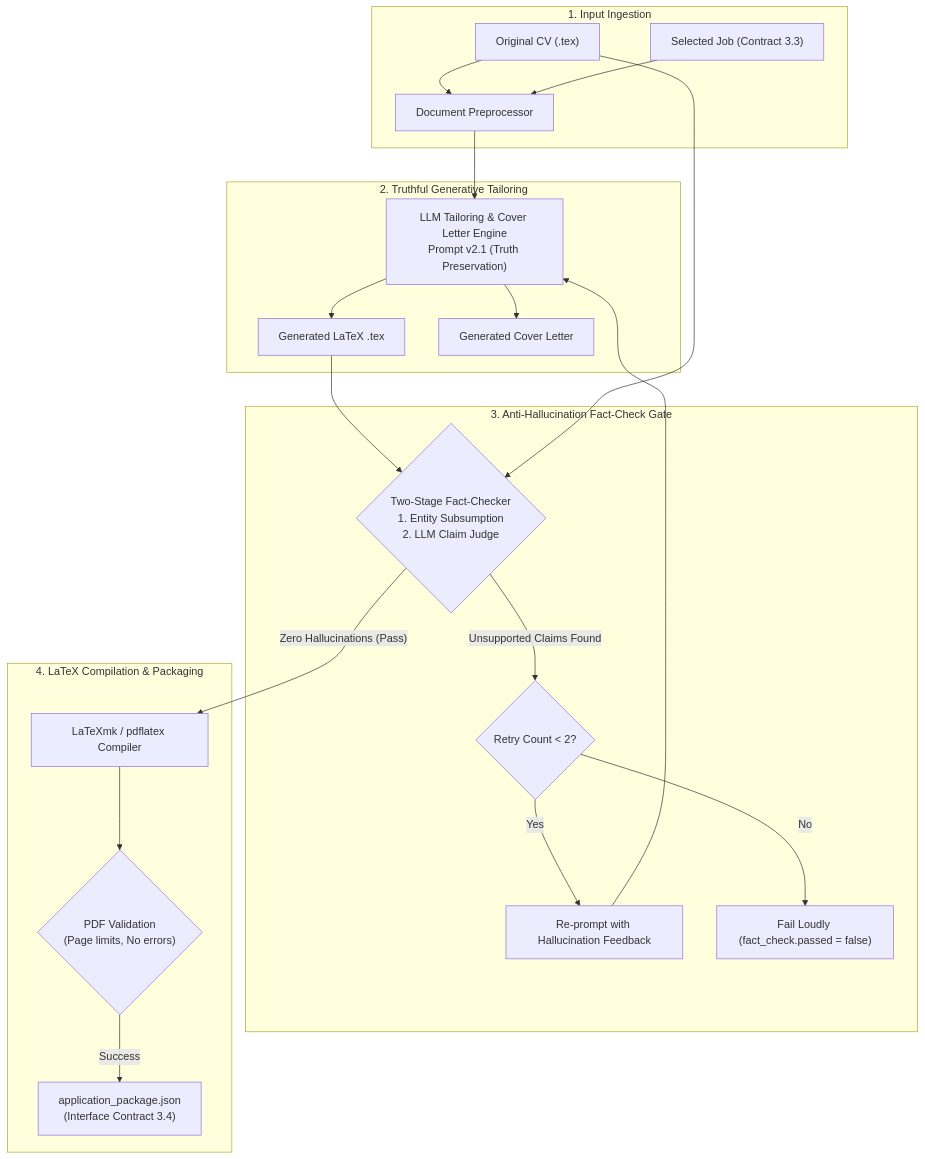
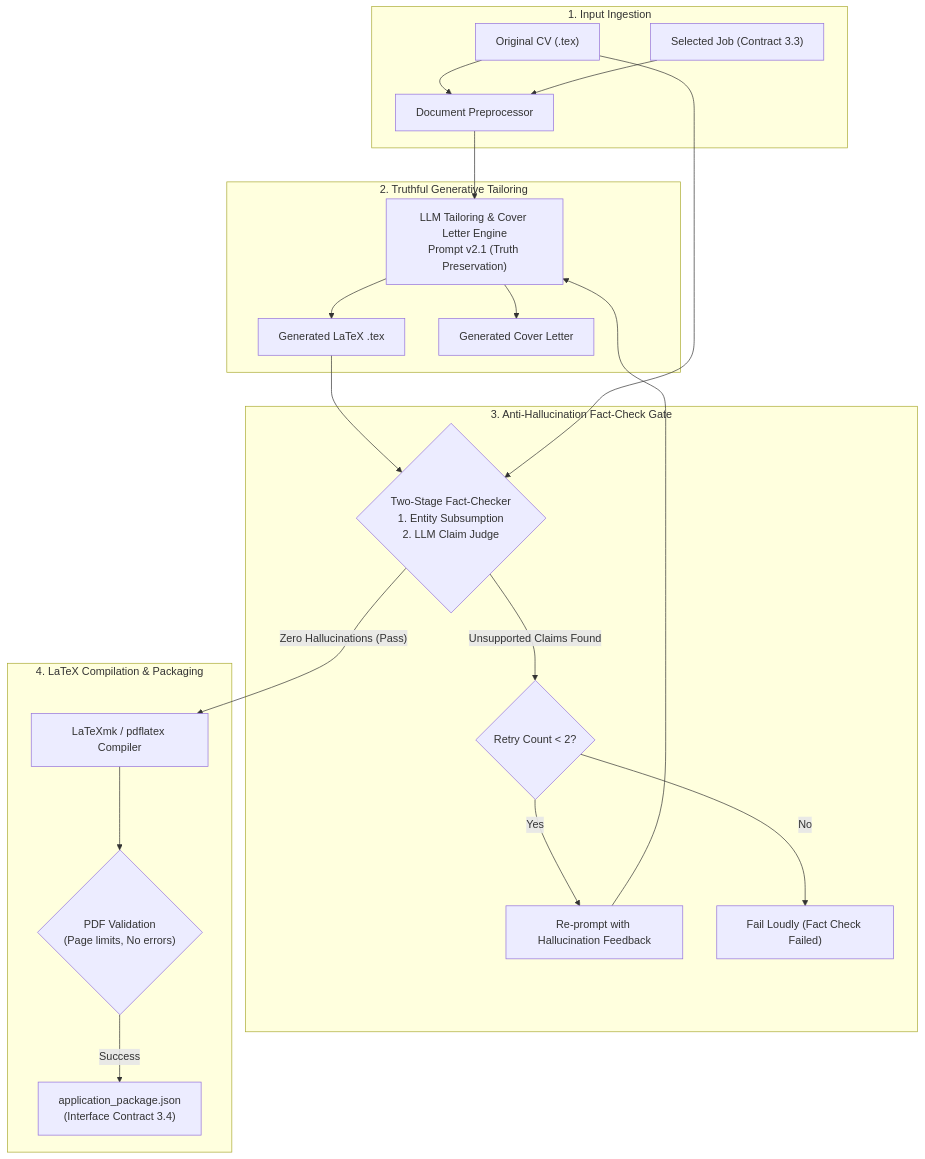
Before and after one commit to zeyad866/Melissa: the diagram in Module_4_CV_Tailoring/README.md, drawn with Mermaid. The commit also changed 5 other files, not shown here.

Commit message:
fix(docs): quote Mermaid edge and node labels for GitHub compatibility

````diff
--- a/Module_4_CV_Tailoring/README.md
+++ b/Module_4_CV_Tailoring/README.md
@@ -11,29 +11,29 @@
 ```mermaid
 flowchart TD
     subgraph Input["1. Input Ingestion"]
         CV["Original CV (.tex)"] --> Pre["Document Preprocessor"]
         Job["Selected Job (Contract 3.3)"] --> Pre
     end
 
     subgraph Gen["2. Truthful Generative Tailoring"]
         Pre --> LLM_Tailor["LLM Tailoring & Cover Letter Engine<br/>Prompt v2.1 (Truth Preservation)"]
         LLM_Tailor --> RawTex["Generated LaTeX .tex"]
         LLM_Tailor --> RawLetter["Generated Cover Letter"]
     end
 
     subgraph Guard["3. Anti-Hallucination Fact-Check Gate"]
         RawTex --> FactCheck{"Two-Stage Fact-Checker<br/>1. Entity Subsumption<br/>2. LLM Claim Judge"}
         CV --> FactCheck
         
         FactCheck -- "Unsupported Claims Found" --> RetryPass{"Retry Count < 2?"}
         RetryPass -- "Yes" --> FeedbackPrompt["Re-prompt with Hallucination Feedback"]
         FeedbackPrompt --> LLM_Tailor
-        RetryPass -- "No" --> FailPackage["Fail Loudly (fact_check.passed = false)"]
+        RetryPass -- "No" --> FailPackage["Fail Loudly (Fact Check Failed)"]
     end
 
     subgraph Compile["4. LaTeX Compilation & Packaging"]
         FactCheck -- "Zero Hallucinations (Pass)" --> Compiler["LaTeXmk / pdflatex Compiler"]
         Compiler --> PdfCheck{"PDF Validation<br/>(Page limits, No errors)"}
         PdfCheck -- "Success" --> ContractOut["application_package.json<br/>(Interface Contract 3.4)"]
     end
 ```
````
